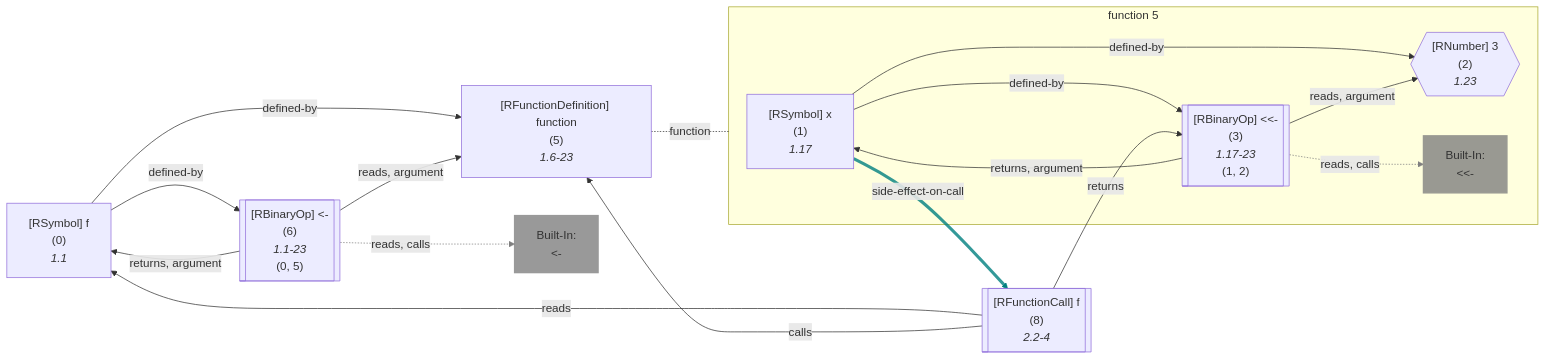
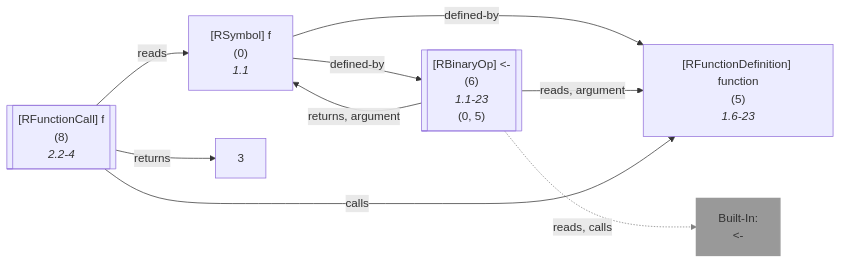
Diagram 17 of 54 in wiki/Dataflow Graph.md (flowr-analysis/flowr), drawn with Mermaid before and after one commit. The commit also changed other lines of this file and 7 other files, not shown here.

Commit message:
[skip ci] doc: update generated wiki pages (wiki/Search API.md,wiki/Query API.md,wiki/Control Flow Graph.md,wiki/Core.md,wiki/Interface.md,wiki/Dataflow Graph.md,wiki/Linting and Testing.md,README.md)

````diff
--- a/wiki/Dataflow Graph.md
+++ b/wiki/Dataflow Graph.md
@@ -2450,62 +2309,37 @@
 ```mermaid
 flowchart LR
     %% Environment of 5 [level: 0]:
     %% Built-in
-    %% 2424----------------------------------------
+    %% 2882----------------------------------------
     %%   x: {**x** (id: 1, type: Variable, def. @3)}
     5["`#91;RFunctionDefinition#93; function
       (5)
       *1.6-23*`"]
-
-subgraph "flow-5" [function 5]
-    2{{"`#91;RNumber#93; 3
-      (2)
-      *1.23*`"}}
-    1["`#91;RSymbol#93; x
-      (1)
-      *1.17*`"]
-    3[["`#91;RBinaryOp#93; #60;#60;#45;
-      (3)
-      *1.17-23*
-    (1, 2)`"]]
-    built-in:__-["`Built-In:
-#60;#60;#45;`"]
-    style built-in:__- stroke:gray,fill:gray,stroke-width:2px,opacity:.8;
-end
+   %% No edges found for 5
     0["`#91;RSymbol#93; f
       (0)
       *1.1*`"]
     6[["`#91;RBinaryOp#93; #60;#45;
       (6)
       *1.1-23*
     (0, 5)`"]]
     built-in:_-["`Built-In:
 #60;#45;`"]
     style built-in:_- stroke:gray,fill:gray,stroke-width:2px,opacity:.8;
     %% Environment of 8 [level: 0]:
     %% Built-in
-    %% 2431----------------------------------------
+    %% 2889----------------------------------------
     %%   f: {**f** (id: 0, type: Function, def. @6)}
     8[["`#91;RFunctionCall#93; f
       (8)
       *2.2-4*`"]]
-    1 -->|"defined-by"| 2
-    1 -->|"defined-by"| 3
-    1 -->|"side-effect-on-call"| 8
-    linkStyle 2 stroke:teal,stroke-width:4.2px,stroke-opacity:.8
-    3 -->|"reads, argument"| 2
-    3 -->|"returns, argument"| 1
-    3 -.->|"reads, calls"| built-in:__-
-    linkStyle 5 stroke:gray;
-5 -.-|function| flow-5
-
     0 -->|"defined-by"| 5
     0 -->|"defined-by"| 6
     6 -->|"reads, argument"| 5
     6 -->|"returns, argument"| 0
     6 -.->|"reads, calls"| built-in:_-
-    linkStyle 11 stroke:gray;
+    linkStyle 4 stroke:gray;
     8 -->|"reads"| 0
     8 -->|"returns"| 3
     8 -->|"calls"| 5
 ```
````
